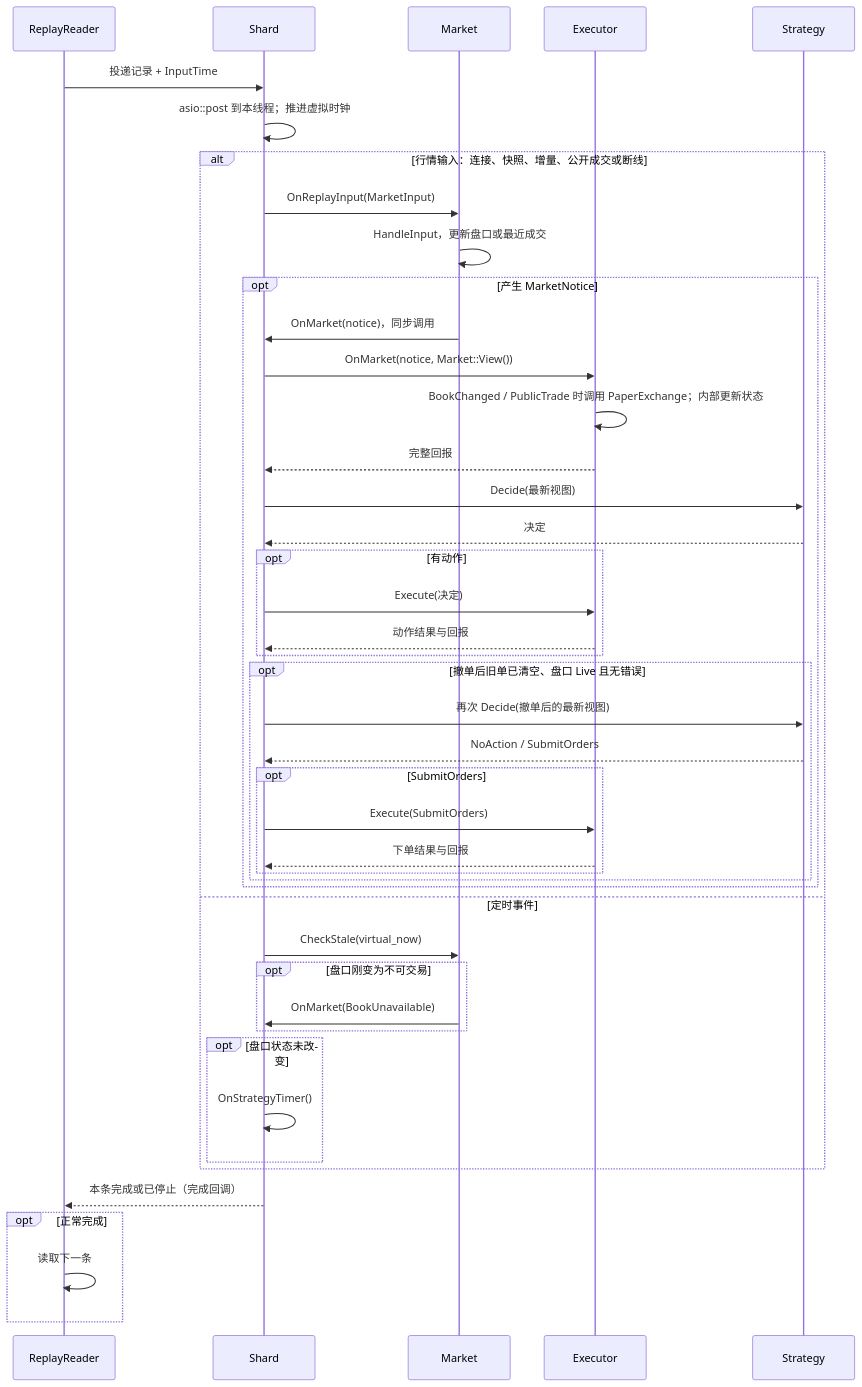
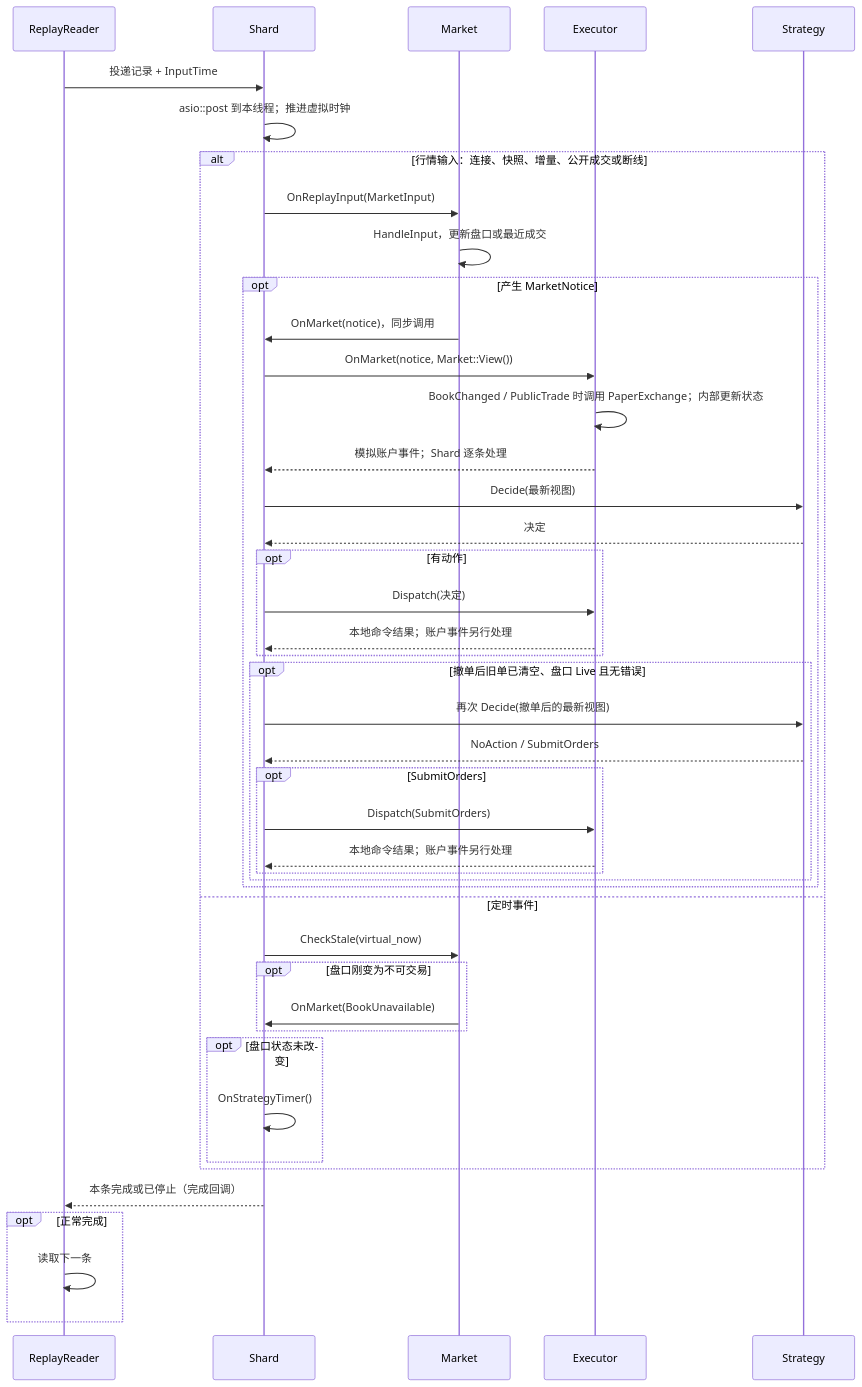
The sixth of 10 diagrams in docs/DESIGN.md (larrystd/hbot-quant), drawn with Mermaid before and after one commit. The commit also changed other lines of this file and 206 other files, not shown here.

```diff
--- a/docs/DESIGN.md
+++ b/docs/DESIGN.md
@@ -332,46 +343,46 @@
 ~~~mermaid
 sequenceDiagram
     participant F as ReplayReader
     participant S as Shard
     participant M as Market
     participant E as Executor
     participant P as Strategy
     F->>S: 投递记录 + InputTime
     S->>S: asio::post 到本线程；推进虚拟时钟
     alt 行情输入：连接、快照、增量、公开成交或断线
         S->>M: OnReplayInput(MarketInput)
         M->>M: HandleInput，更新盘口或最近成交
         opt 产生 MarketNotice
             M->>S: OnMarket(notice)，同步调用
             S->>E: OnMarket(notice, Market::View())
             E->>E: BookChanged / PublicTrade 时调用 PaperExchange；内部更新状态
-            E-->>S: 完整回报
+            E-->>S: 模拟账户事件；Shard 逐条处理
             S->>P: Decide(最新视图)
             P-->>S: 决定
             opt 有动作
-                S->>E: Execute(决定)
-                E-->>S: 动作结果与回报
+                S->>E: Dispatch(决定)
+                E-->>S: 本地命令结果；账户事件另行处理
             end
             opt 撤单后旧单已清空、盘口 Live 且无错误
                 S->>P: 再次 Decide(撤单后的最新视图)
                 P-->>S: NoAction / SubmitOrders
                 opt SubmitOrders
-                    S->>E: Execute(SubmitOrders)
-                    E-->>S: 下单结果与回报
+                    S->>E: Dispatch(SubmitOrders)
+                    E-->>S: 本地命令结果；账户事件另行处理
                 end
             end
         end
     else 定时事件
         S->>M: CheckStale(virtual_now)
         opt 盘口刚变为不可交易
             M->>S: OnMarket(BookUnavailable)
         end
         opt 盘口状态未改变
             S->>S: OnStrategyTimer()
         end
     end
     S-->>F: 本条完成或已停止（完成回调）
     opt 正常完成
         F->>F: 读取下一条
     end
 ~~~
```
